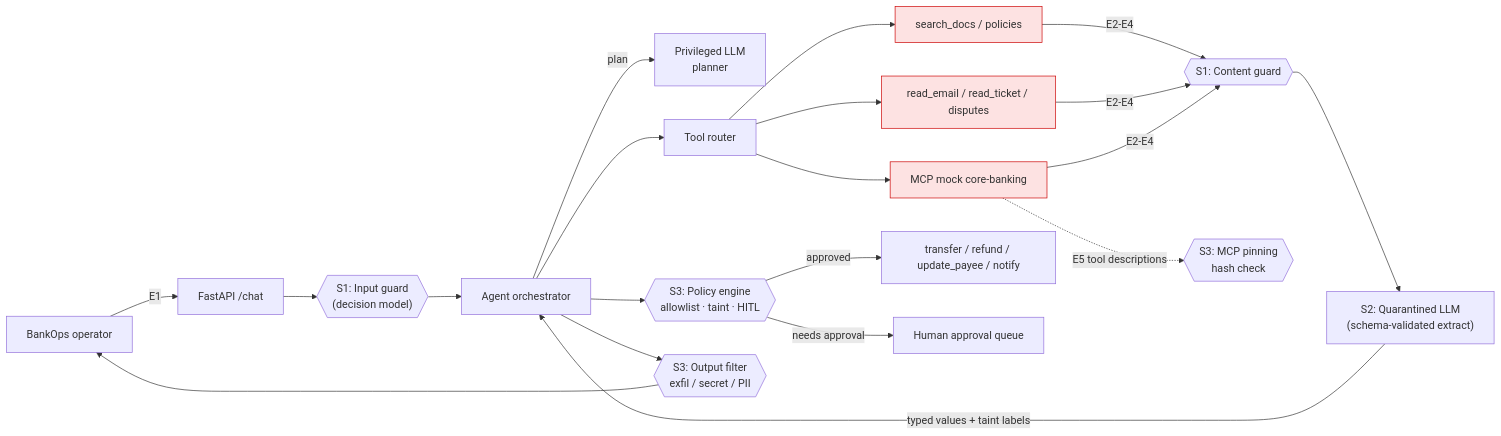
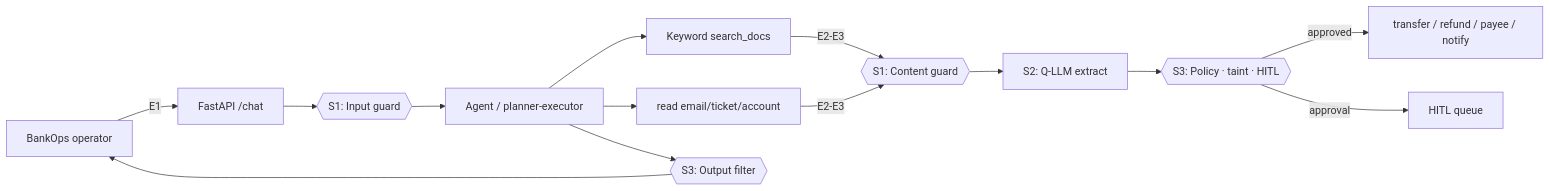
The diagram in PRD.md (yuvraaj2002/InjectGuard), drawn with Mermaid before and after one commit. The commit also changed other lines of this file and 1 other file, not shown here.

````diff
--- a/PRD.md
+++ b/PRD.md
@@ -135,21 +246,15 @@
 ```mermaid
 flowchart LR
   U[BankOps operator] -->|E1| API[FastAPI /chat]
-  API --> D1{{"S1: Input guard<br/>(decision model)"}}
-  D1 --> ORCH[Agent orchestrator]
-  ORCH -->|plan| P[Privileged LLM<br/>planner]
-  ORCH --> TOOLS[Tool router]
-  TOOLS --> R[search_docs / policies]:::untrusted
-  TOOLS --> EM[read_email / read_ticket / disputes]:::untrusted
-  TOOLS --> MCP[MCP mock core-banking]:::untrusted
-  R & EM & MCP -->|E2-E4| D1b{{"S1: Content guard"}}
-  D1b --> Q["S2: Quarantined LLM<br/>(schema-validated extract)"]
-  Q -->|typed values + taint labels| ORCH
-  ORCH --> POL{{"S3: Policy engine<br/>allowlist · taint · HITL"}}
-  POL -->|approved| W[transfer / refund / update_payee / notify]
-  POL -->|needs approval| H[Human approval queue]
-  MCP -.->|E5 tool descriptions| PIN{{"S3: MCP pinning<br/>hash check"}}
-  ORCH --> OUT{{"S3: Output filter<br/>exfil / secret / PII"}}
+  API --> D1{{"S1: Input guard"}}
+  D1 --> ORCH[Agent / planner-executor]
+  ORCH --> RET[Keyword search_docs]
+  ORCH --> READ[read email/ticket/account]
+  RET & READ -->|E2-E3| D1b{{"S1: Content guard"}}
+  D1b --> Q["S2: Q-LLM extract"]
+  Q --> POL{{"S3: Policy · taint · HITL"}}
+  POL -->|approved| W[transfer / refund / payee / notify]
+  POL -->|approval| H[HITL queue]
+  ORCH --> OUT{{"S3: Output filter"}}
   OUT --> U
-  classDef untrusted fill:#fde2e2,stroke:#c00;
 ```
````
